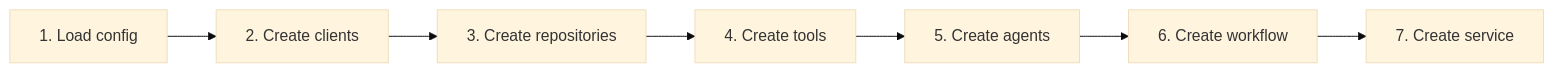
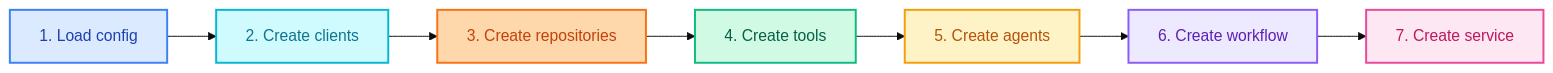
Before and after one commit to mhokchuekchuek/mtl_agent: the diagram in docs/assets/diagrams/dependencies/dependencies_client_chatbot_1.mmd, drawn with Mermaid (base theme). The commit also changed 92 other files, not shown here.

```diff
--- a/docs/assets/diagrams/dependencies/dependencies_client_chatbot_1.mmd
+++ b/docs/assets/diagrams/dependencies/dependencies_client_chatbot_1.mmd
@@ -1,7 +1,23 @@
 flowchart LR
     1[1. Load config] --> 2[2. Create clients]
     2 --> 3[3. Create repositories]
     3 --> 4[4. Create tools]
     4 --> 5[5. Create agents]
     5 --> 6[6. Create workflow]
     6 --> 7[7. Create service]
+
+    classDef config fill:#dbeafe,stroke:#3b82f6,stroke-width:2px,color:#1e40af
+    classDef client fill:#cffafe,stroke:#06b6d4,stroke-width:2px,color:#0e7490
+    classDef repo fill:#fed7aa,stroke:#f97316,stroke-width:2px,color:#c2410c
+    classDef tool fill:#d1fae5,stroke:#10b981,stroke-width:2px,color:#065f46
+    classDef agent fill:#fef3c7,stroke:#f59e0b,stroke-width:2px,color:#b45309
+    classDef workflow fill:#ede9fe,stroke:#8b5cf6,stroke-width:2px,color:#5b21b6
+    classDef service fill:#fce7f3,stroke:#ec4899,stroke-width:2px,color:#be185d
+
+    class 1 config
+    class 2 client
+    class 3 repo
+    class 4 tool
+    class 5 agent
+    class 6 workflow
+    class 7 service
```
